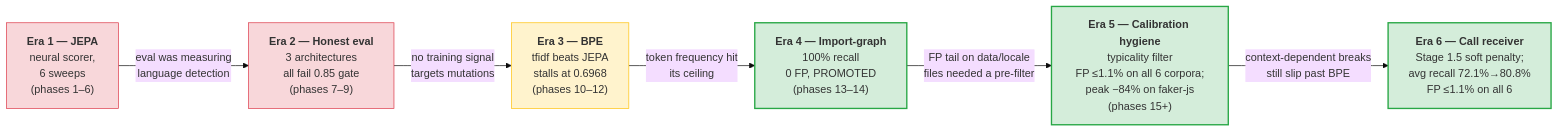
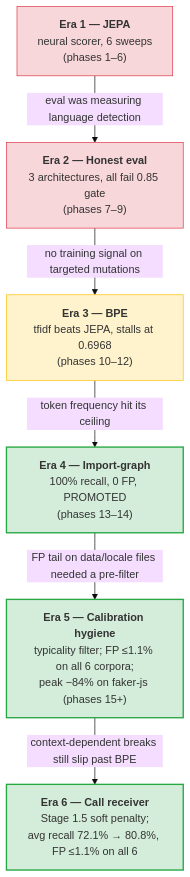
One commit to get-tmonier/argot changed the first of 6 diagrams in docs/research/README.md. Above: the diagram before and after it, drawn with Mermaid (base theme).

Commit message:
docs(research): vertical era flowchart for readability
Six boxes inline (flowchart LR) was too wide to read on a normal
viewport. Switched to flowchart TD so each era gets its own row and
the transition labels stay legible.

````diff
--- a/docs/research/README.md
+++ b/docs/research/README.md
@@ -20,24 +20,22 @@
 ```mermaid
-flowchart LR
-    E1["<b>Era 1 — JEPA</b><br/>neural scorer,<br/>6 sweeps<br/>(phases 1–6)"]
-    E2["<b>Era 2 — Honest eval</b><br/>3 architectures<br/>all fail 0.85 gate<br/>(phases 7–9)"]
-    E3["<b>Era 3 — BPE</b><br/>tfidf beats JEPA<br/>stalls at 0.6968<br/>(phases 10–12)"]
-    E4["<b>Era 4 — Import-graph</b><br/>100% recall<br/>0 FP, PROMOTED<br/>(phases 13–14)"]
+flowchart TD
+    E1["<b>Era 1 — JEPA</b><br/>neural scorer, 6 sweeps<br/>(phases 1–6)"]
+    E2["<b>Era 2 — Honest eval</b><br/>3 architectures, all fail 0.85 gate<br/>(phases 7–9)"]
+    E3["<b>Era 3 — BPE</b><br/>tfidf beats JEPA, stalls at 0.6968<br/>(phases 10–12)"]
+    E4["<b>Era 4 — Import-graph</b><br/>100% recall, 0 FP, PROMOTED<br/>(phases 13–14)"]
+    E5["<b>Era 5 — Calibration hygiene</b><br/>typicality filter; FP ≤1.1% on all 6 corpora;<br/>peak −84% on faker-js (phases 15+)"]
+    E6["<b>Era 6 — Call receiver</b><br/>Stage 1.5 soft penalty;<br/>avg recall 72.1% → 80.8%, FP ≤1.1% on all 6"]
 
-    E1 -->|"eval was measuring<br/>language detection"| E2
-    E2 -->|"no training signal<br/>targets mutations"| E3
-    E3 -->|"token frequency hit<br/>its ceiling"| E4
-    E4 -->|"FP tail on data/locale<br/>files needed a pre-filter"| E5
+    E1 -->|"eval was measuring language detection"| E2
+    E2 -->|"no training signal on targeted mutations"| E3
+    E3 -->|"token frequency hit its ceiling"| E4
+    E4 -->|"FP tail on data/locale files needed a pre-filter"| E5
+    E5 -->|"context-dependent breaks still slip past BPE"| E6
 
-    E5["<b>Era 5 — Calibration hygiene</b><br/>typicality filter<br/>FP ≤1.1% on all 6 corpora;<br/>peak −84% on faker-js<br/>(phases 15+)"]
-
-    E5 -->|"context-dependent breaks<br/>still slip past BPE"| E6
-    E6["<b>Era 6 — Call receiver</b><br/>Stage 1.5 soft penalty;<br/>avg recall 72.1%→80.8%<br/>FP ≤1.1% on all 6"]
-
+    style E1 fill:#f8d7da,stroke:#dc3545
+    style E2 fill:#f8d7da,stroke:#dc3545
+    style E3 fill:#fff3cd,stroke:#ffc107
     style E4 fill:#d4edda,stroke:#28a745,stroke-width:2px
     style E5 fill:#d4edda,stroke:#28a745,stroke-width:2px
     style E6 fill:#d4edda,stroke:#28a745,stroke-width:2px
-    style E1 fill:#f8d7da,stroke:#dc3545
-    style E2 fill:#f8d7da,stroke:#dc3545
-    style E3 fill:#fff3cd,stroke:#ffc107
 ```
````
